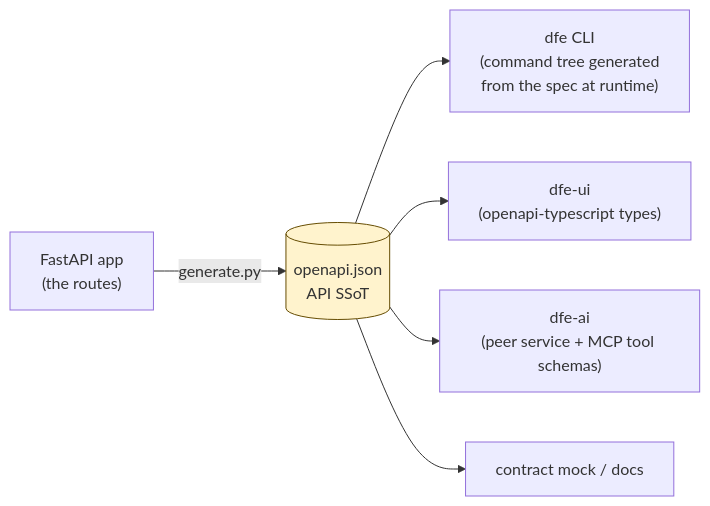
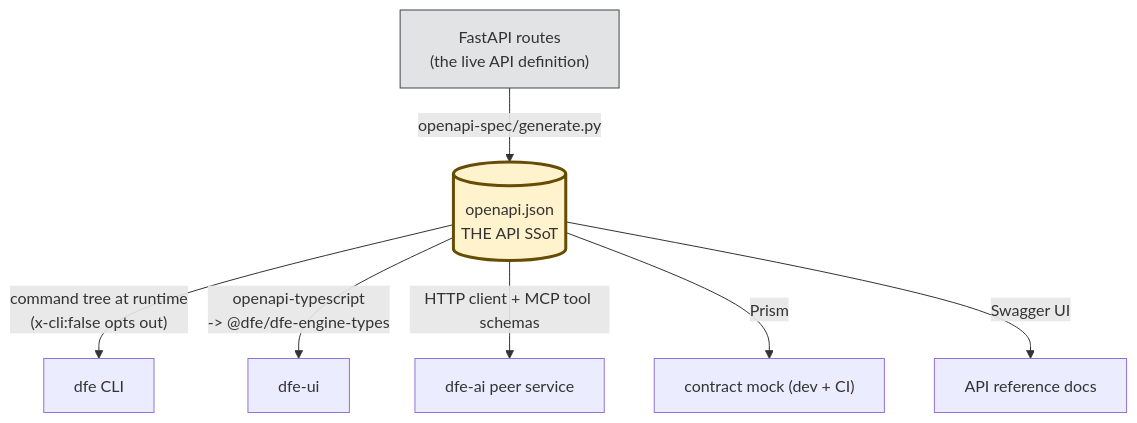
One commit to hyperi-io/dfe-engine changed the second of 2 diagrams in docs/CONTROL-PLANE-LAYER.md. Above: the diagram before and after it, drawn with Mermaid. The commit also changed other lines of this file, not shown here.

Commit message:
docs: SSoT radiating-dependency diagram

````diff
--- a/docs/CONTROL-PLANE-LAYER.md
+++ b/docs/CONTROL-PLANE-LAYER.md
@@ -55,11 +58,16 @@
 ```mermaid
-flowchart LR
-    app["FastAPI app<br/>(the routes)"] -->|generate.py| spec[("openapi.json<br/>API SSoT")]
-    spec --> cli["dfe CLI<br/>(command tree generated<br/>from the spec at runtime)"]
-    spec --> uitypes["dfe-ui<br/>(openapi-typescript types)"]
-    spec --> ai["dfe-ai<br/>(peer service + MCP tool schemas)"]
-    spec --> mock["contract mock / docs"]
+flowchart TB
+    routes["FastAPI routes<br/>(the live API definition)"]
+    routes -->|"openapi-spec/generate.py"| spec[("openapi.json<br/>THE API SSoT")]
 
-    classDef ssot fill:#fff3cd,stroke:#664d03;
+    spec -->|"command tree at runtime<br/>(x-cli:false opts out)"| cli["dfe CLI"]
+    spec -->|"openapi-typescript<br/>-> @dfe/dfe-engine-types"| ui["dfe-ui"]
+    spec -->|"HTTP client + MCP tool schemas"| ai["dfe-ai peer service"]
+    spec -->|"Prism"| mock["contract mock (dev + CI)"]
+    spec -->|"Swagger UI"| refdocs["API reference docs"]
+
+    classDef ssot fill:#fff3cd,stroke:#664d03,stroke-width:3px;
+    classDef src fill:#e2e3e5,stroke:#41464b;
     class spec ssot;
+    class routes src;
 ```
````
